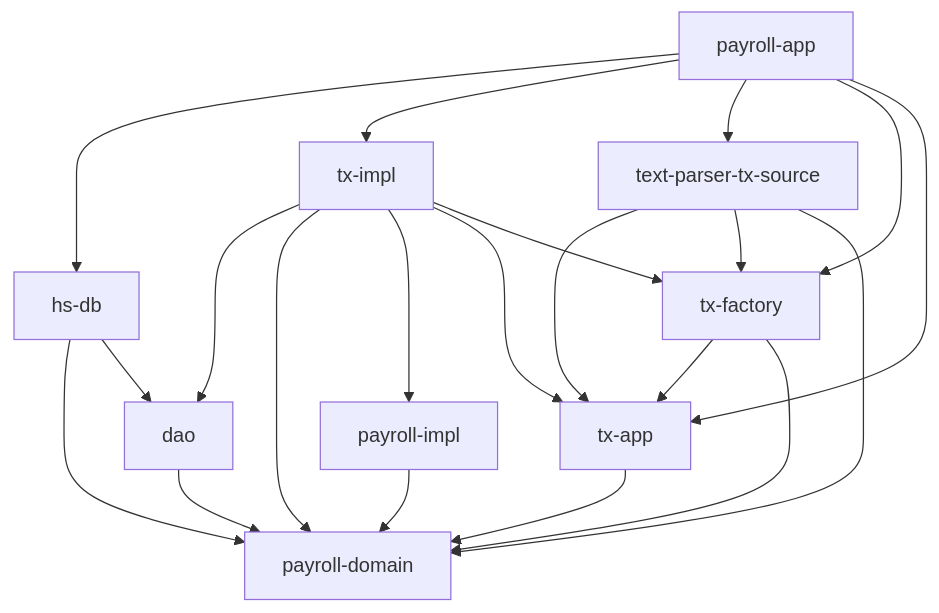
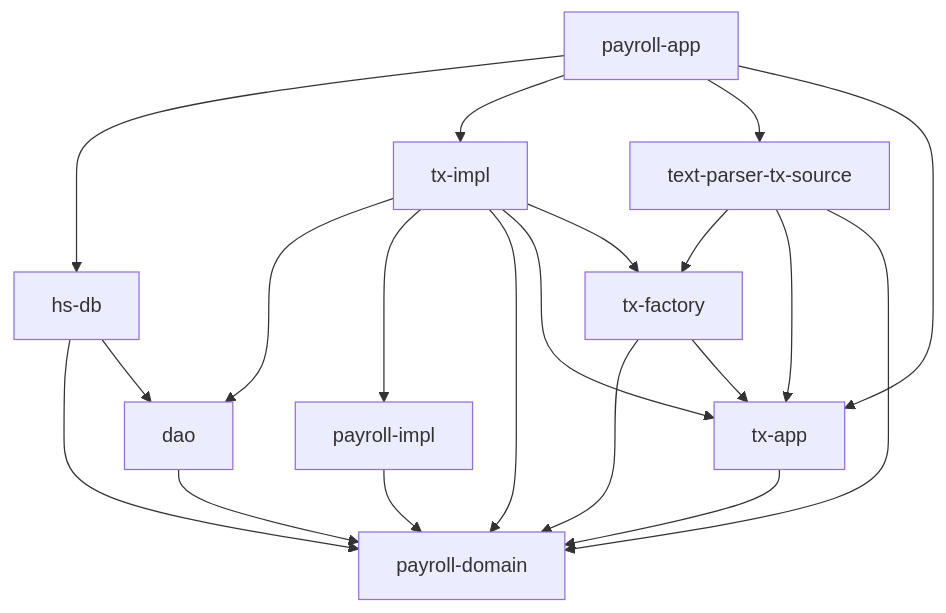
One commit to cutsea110/payroll changed the diagram in README.md. Above: the diagram before and after it, drawn with Mermaid. The commit also changed 1 other file, not shown here.

Commit message:
fix: remove dependency from payroll-app to tx-factory

````diff
--- a/README.md
+++ b/README.md
@@ -6,31 +6,30 @@
 ```mermaid
 graph TD
 
   payroll-impl --> payroll-domain
 
   dao --> payroll-domain
   
   tx-impl --> dao
+  tx-impl --> payroll-impl
   tx-impl --> payroll-domain
-  tx-impl --> payroll-impl
   tx-impl --> tx-app
   tx-impl --> tx-factory
   
   tx-app --> payroll-domain
 
+  tx-factory --> payroll-domain
   tx-factory --> tx-app
-  tx-factory --> payroll-domain
   
+  text-parser-tx-source --> tx-factory
   text-parser-tx-source --> tx-app
-  text-parser-tx-source --> tx-factory
   text-parser-tx-source --> payroll-domain
   
   hs-db --> payroll-domain
   hs-db --> dao
   
   payroll-app --> hs-db
   payroll-app --> tx-impl
   payroll-app --> text-parser-tx-source
-  payroll-app --> tx-factory
   payroll-app --> tx-app
 ```
````
